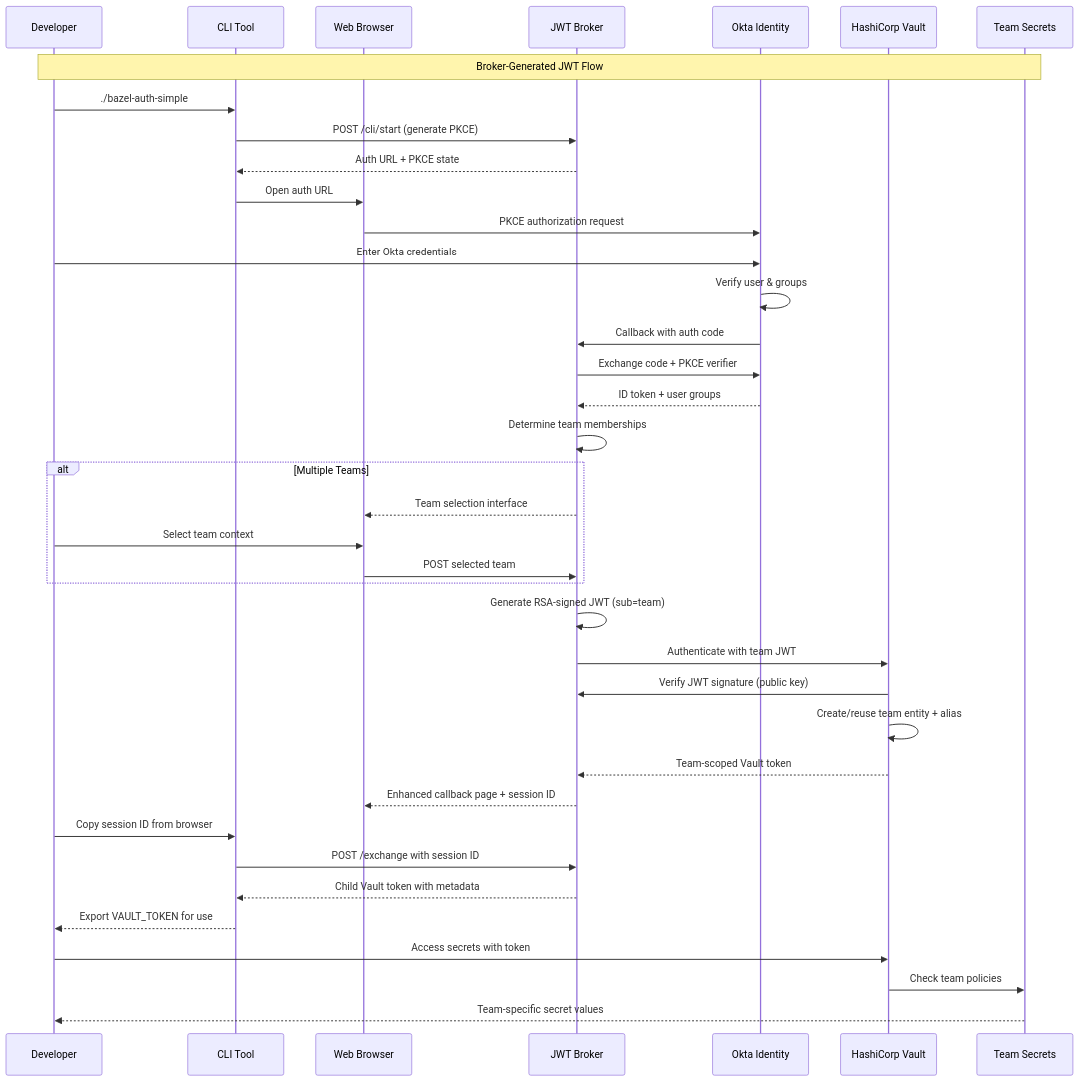
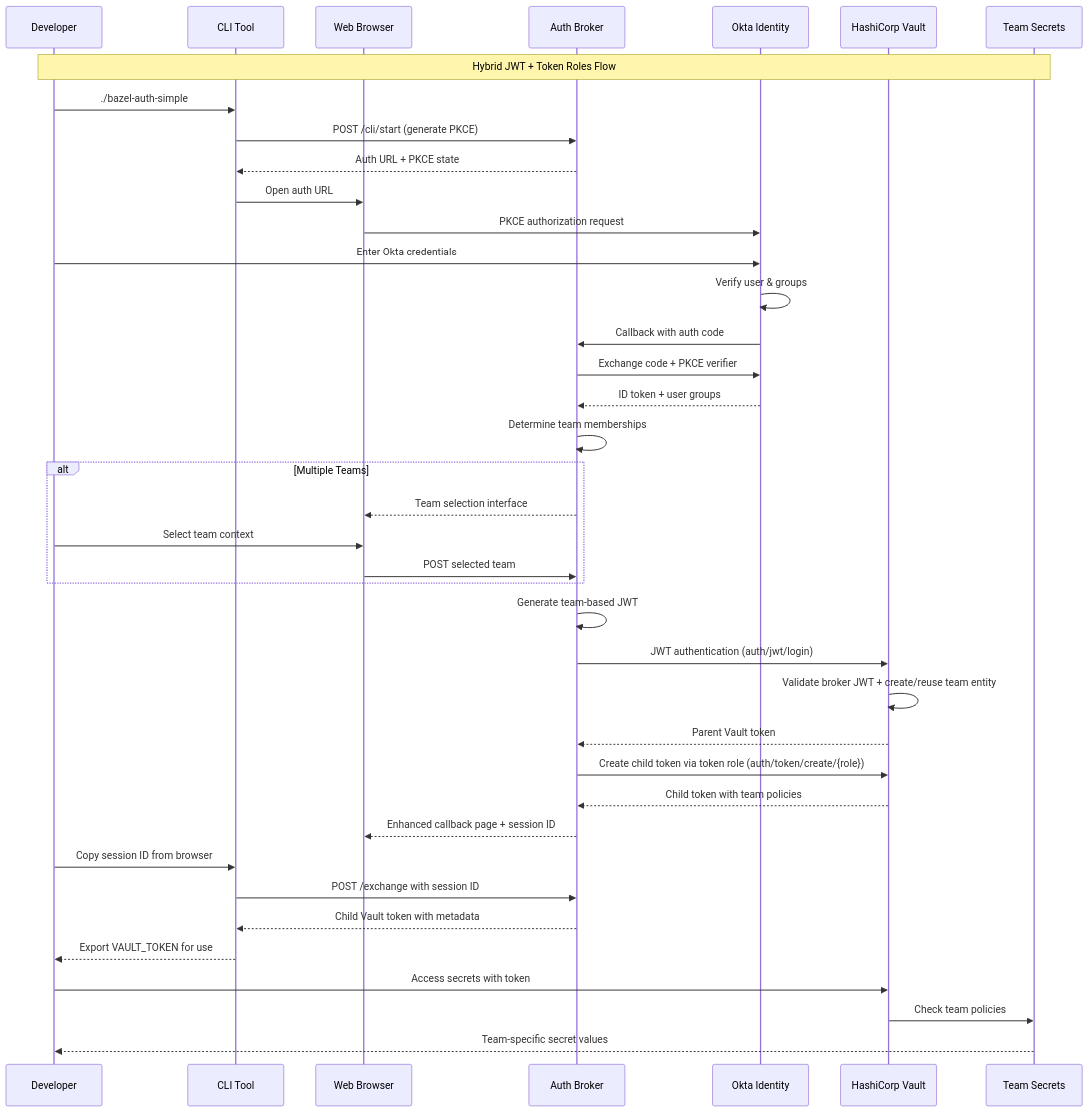
One commit to trenner1/bazel-jwt-vault-demo changed the diagram in README.md. Above: the diagram before and after it, drawn with Mermaid. The commit also changed other lines of this file and 3 other files, not shown here.

First line of the commit message:
docs(auth): update authentication architecture and security model

````diff
--- a/README.md
+++ b/README.md
@@ -58,43 +59,44 @@
 ```mermaid
 sequenceDiagram
     participant Dev as Developer
     participant CLI as CLI Tool
     participant Browser as Web Browser
-    participant Broker as JWT Broker
+    participant Broker as Auth Broker
     participant Okta as Okta Identity
     participant Vault as HashiCorp Vault
     participant Secrets as Team Secrets
 
-    Note over Dev,Secrets: Broker-Generated JWT Flow
+    Note over Dev,Secrets: Hybrid JWT + Token Roles Flow
 
     Dev->>CLI: ./bazel-auth-simple
     CLI->>Broker: POST /cli/start (generate PKCE)
     Broker-->>CLI: Auth URL + PKCE state
     CLI->>Browser: Open auth URL
     Browser->>Okta: PKCE authorization request
     Dev->>Okta: Enter Okta credentials
     Okta->>Okta: Verify user & groups
     Okta->>Broker: Callback with auth code
     Broker->>Okta: Exchange code + PKCE verifier
     Okta-->>Broker: ID token + user groups
     Broker->>Broker: Determine team memberships
     alt Multiple Teams
         Broker-->>Browser: Team selection interface
         Dev->>Browser: Select team context
         Browser->>Broker: POST selected team
     end
-    Broker->>Broker: Generate RSA-signed JWT (sub=team)
-    Broker->>Vault: Authenticate with team JWT
-    Vault->>Broker: Verify JWT signature (public key)
-    Vault->>Vault: Create/reuse team entity + alias
-    Vault-->>Broker: Team-scoped Vault token
+    Broker->>Broker: Generate team-based JWT
+    Broker->>Vault: JWT authentication (auth/jwt/login)
+    Vault->>Vault: Validate broker JWT + create/reuse team entity
+    Vault-->>Broker: Parent Vault token
+    Broker->>Vault: Create child token via token role (auth/token/create/{role})
+    Vault-->>Broker: Child token with team policies
     Broker-->>Browser: Enhanced callback page + session ID
     Dev->>CLI: Copy session ID from browser
     CLI->>Broker: POST /exchange with session ID
     Broker-->>CLI: Child Vault token with metadata
     CLI-->>Dev: Export VAULT_TOKEN for use
     
     Dev->>Vault: Access secrets with token
     Vault->>Secrets: Check team policies
     Secrets-->>Dev: Team-specific secret values
 ```
````
